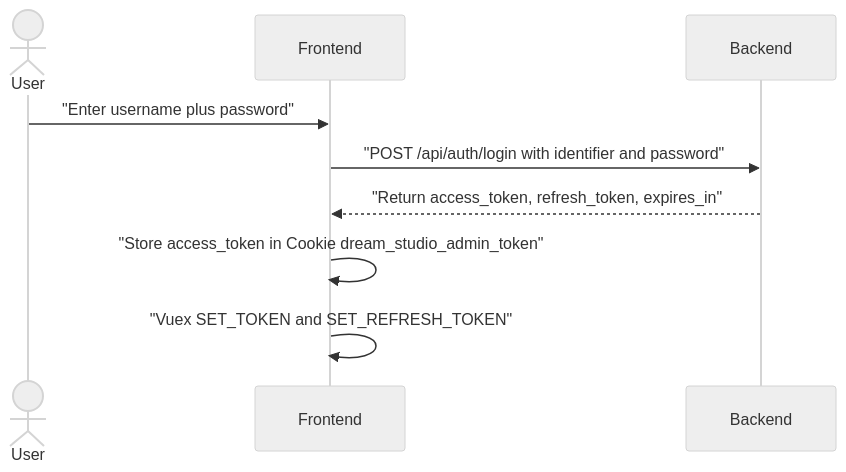
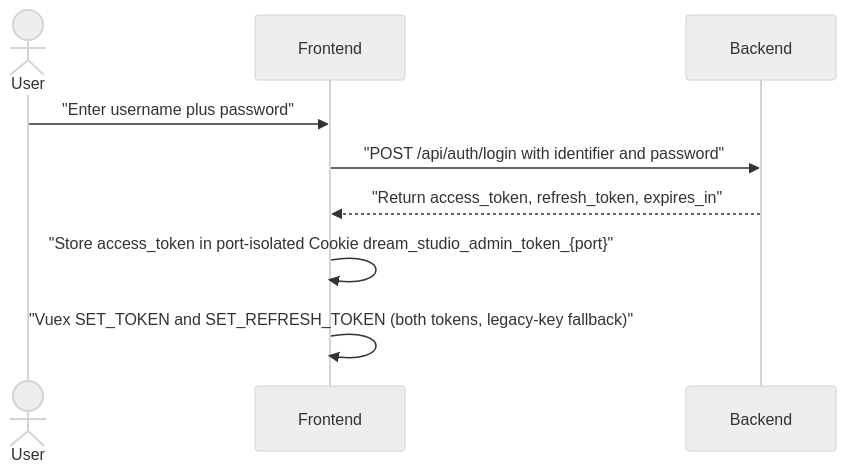
The second of 5 diagrams in docs/design/architecture.md (immane/crud-admin), drawn with Mermaid (neutral theme) before and after one commit. The commit also changed other lines of this file and 4 other files, not shown here.

````diff
--- a/docs/design/architecture.md
+++ b/docs/design/architecture.md
@@ -76,11 +75,11 @@
 ```mermaid
 sequenceDiagram
     actor User
     participant Frontend
     participant Backend
     User->>Frontend: "Enter username plus password"
     Frontend->>Backend: "POST /api/auth/login with identifier and password"
     Backend-->>Frontend: "Return access_token, refresh_token, expires_in"
-    Frontend->>Frontend: "Store access_token in Cookie dream_studio_admin_token"
-    Frontend->>Frontend: "Vuex SET_TOKEN and SET_REFRESH_TOKEN"
+    Frontend->>Frontend: "Store access_token in port-isolated Cookie dream_studio_admin_token_{port}"
+    Frontend->>Frontend: "Vuex SET_TOKEN and SET_REFRESH_TOKEN (both tokens, legacy-key fallback)"
 ```
````
